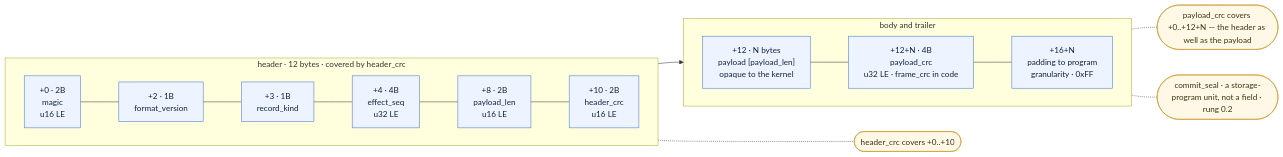
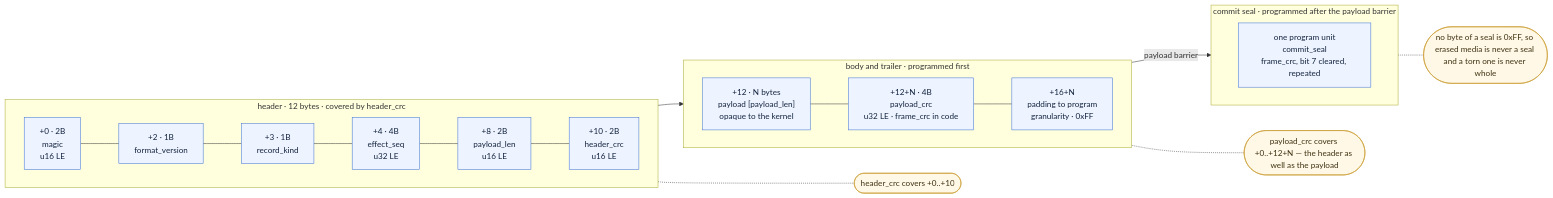
Before and after one commit to madmax983/waymaker: the third of 11 diagrams in docs/architecture.md, drawn with Mermaid. The commit also changed other lines of this file and 23 other files, not shown here.

First line of the commit message:
Two-barrier write discipline for every committed record (#24) (#75)

````diff
--- a/docs/architecture.md
+++ b/docs/architecture.md
@@ -138,34 +138,39 @@
 ```mermaid
 graph LR
   subgraph header["header · 12 bytes · covered by header_crc"]
     direction LR
     f0["+0 · 2B<br/>magic<br/>u16 LE"]
     f1["+2 · 1B<br/>format_version"]
     f2["+3 · 1B<br/>record_kind"]
     f3["+4 · 4B<br/>effect_seq<br/>u32 LE"]
     f4["+8 · 2B<br/>payload_len<br/>u16 LE"]
     f5["+10 · 2B<br/>header_crc<br/>u16 LE"]
     f0 --- f1 --- f2 --- f3 --- f4 --- f5
   end
-  subgraph rest["body and trailer"]
+  subgraph rest["body and trailer · programmed first"]
     direction LR
     f6["+12 · N bytes<br/>payload [payload_len]<br/>opaque to the kernel"]
     f7["+12+N · 4B<br/>payload_crc<br/>u32 LE · frame_crc in code"]
     f8["+16+N<br/>padding to program<br/>granularity · 0xFF"]
     f6 --- f7 --- f8
   end
+  subgraph committed["commit seal · programmed after the payload barrier"]
+    direction LR
+    f9["one program unit<br/>commit_seal<br/>frame_crc, bit 7 cleared, repeated"]
+  end
   header --> rest
+  rest -- "payload barrier" --> committed
 
   c1(["header_crc covers +0..+10"])
   c2(["payload_crc covers +0..+12+N — the header as well as the payload"])
-  c3(["commit_seal · a storage-program unit, not a field · rung 0.2"])
+  c3(["no byte of a seal is 0xFF, so erased media is never a seal and a torn one is never whole"])
 
   f5 -.- c1
   f7 -.- c2
-  f8 -.- c3
+  f9 -.- c3
 
   classDef field fill:#eef4ff,stroke:#3b6fd4,color:#12233f;
   classDef note fill:#fff8e6,stroke:#c99a2e,color:#3f3212;
-  class f0,f1,f2,f3,f4,f5,f6,f7,f8 field;
+  class f0,f1,f2,f3,f4,f5,f6,f7,f8,f9 field;
   class c1,c2,c3 note;
 ```
````
